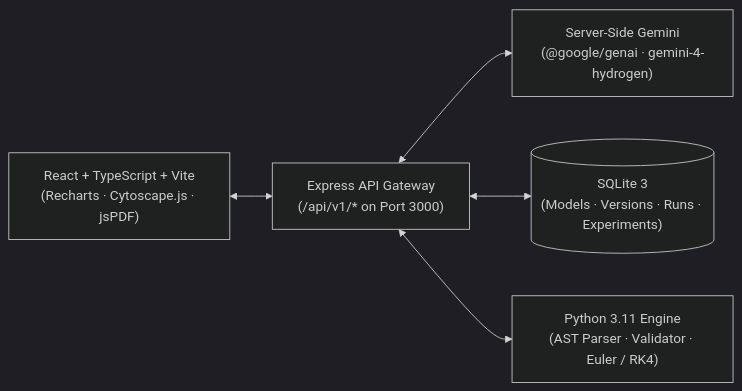
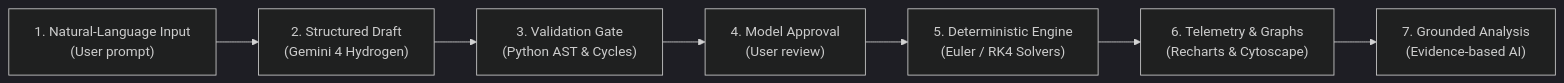
The first of 2 diagrams in README.md (nani-a11y/orbit), drawn with Mermaid (dark theme) before and after one commit. The commit also changed other lines of this file and 26 other files, not shown here.

Commit message:
docs: complete open-source repository upgrade with genuine screenshots, architecture specs, and technical papers

````diff
--- a/README.md
+++ b/README.md
@@ -22,13 +92,9 @@
 ```mermaid
 flowchart LR
-    UI["React + TypeScript + Vite\n(Recharts · Cytoscape.js · jsPDF)"]
-    API["Express API Gateway\n(/api/v1/* on Port 3000)"]
-    AI["Server-Side Gemini\n(@google/genai · gemini-4-hydrogen)"]
-    DB[("SQLite 3\n(Models · Versions · Runs · Experiments)")]
-    PY["Python 3.11 Engine\n(AST Parser · Validator · Euler / RK4)"]
-
-    UI <--> API
-    API <--> AI
-    API <--> DB
-    API <--> PY
+    A["1. Natural-Language Input\n(User prompt)"] --> B["2. Structured Draft\n(Gemini 4 Hydrogen)"]
+    B --> C["3. Validation Gate\n(Python AST & Cycles)"]
+    C --> D["4. Model Approval\n(User review)"]
+    D --> E["5. Deterministic Engine\n(Euler / RK4 Solvers)"]
+    E --> F["6. Telemetry & Graphs\n(Recharts & Cytoscape)"]
+    F --> G["7. Grounded Analysis\n(Evidence-based AI)"]
 ```
````
